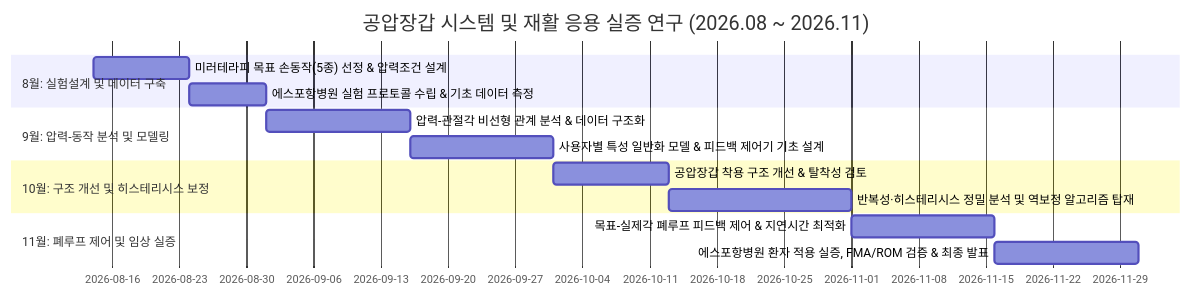
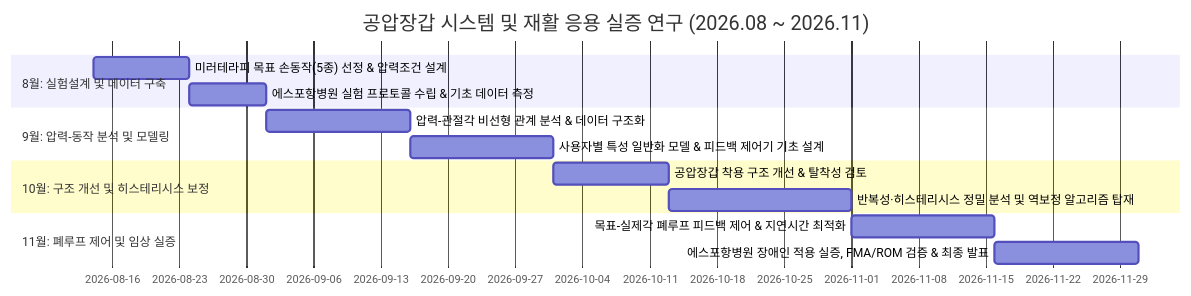
Before and after one commit to passtock/casstone: the third of 4 diagrams in capstone/01_참고자료_및_논문/02_용어_및_연구분석/2026.08.14_공압장갑_논문_및_연구정리.md, drawn with Mermaid. The commit also changed other lines of this file and 728 other files, not shown here.

````diff
--- a/capstone/01_참고자료_및_논문/02_용어_및_연구분석/2026.08.14_공압장갑_논문_및_연구정리.md
+++ b/capstone/01_참고자료_및_논문/02_용어_및_연구분석/2026.08.14_공압장갑_논문_및_연구정리.md
@@ -155,17 +155,17 @@
 ```mermaid
 gantt
     title 공압장갑 시스템 및 재활 응용 실증 연구 (2026.08 ~ 2026.11)
     dateFormat  YYYY-MM-DD
     section 8월: 실험설계 및 데이터 구축
     미러테라피 목표 손동작(5종) 선정 & 압력조건 설계 :a1, 2026-08-14, 10d
     에스포항병원 실험 프로토콜 수립 & 기초 데이터 측정 :a2, after a1, 8d
     section 9월: 압력-동작 분석 및 모델링
     압력-관절각 비선형 관계 분석 & 데이터 구조화 :b1, 2026-09-01, 15d
     사용자별 특성 일반화 모델 & 피드백 제어기 기초 설계 :b2, after b1, 15d
     section 10월: 구조 개선 및 히스테리시스 보정
     공압장갑 착용 구조 개선 & 탈착성 검토 :c1, 2026-10-01, 12d
     반복성·히스테리시스 정밀 분석 및 역보정 알고리즘 탑재 :c2, after c1, 19d
     section 11월: 폐루프 제어 및 임상 실증
     목표-실제각 폐루프 피드백 제어 & 지연시간 최적화 :d1, 2026-11-01, 15d
-    에스포항병원 환자 적용 실증, FMA/ROM 검증 & 최종 발표 :d2, after d1, 15d
+    에스포항병원 장애인 적용 실증, FMA/ROM 검증 & 최종 발표 :d2, after d1, 15d
 ```
````
